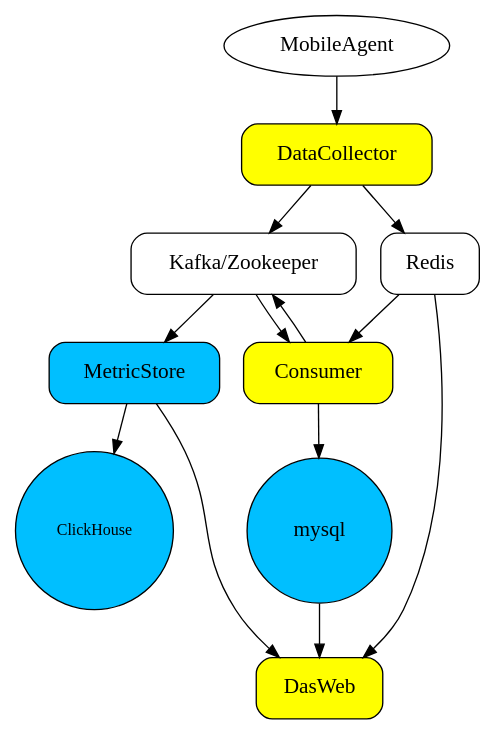
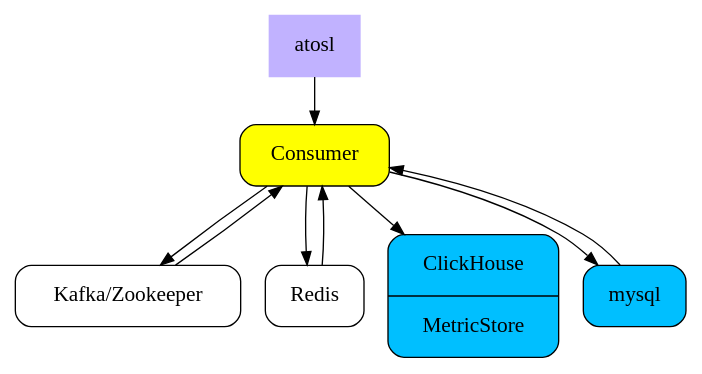
Before and after one commit to gardenias/docs-test: the second of 4 diagrams in docs/installing/architecture.rst, drawn with Graphviz. The commit also changed other lines of this file, not shown here.

Commit message:
更新系统架构图，加入atosl符号化的组件

```diff
--- a/docs/installing/architecture.rst
+++ b/docs/installing/architecture.rst
@@ -17,23 +32,15 @@
 .. graphviz::
 
-    digraph G {
+    digraph Consumer {
 
-		node [margin=0.2, fontsize=16, shape=box, style="rounded,filled", fillcolor=white]
-		a [label="MobileAgent", shape="ellipse", margin=0.1]
-		d [label="DataCollector", fillcolor=yellow]
-		con [label="Consumer", fillcolor=yellow]
-		dv [label="DasWeb", fillcolor=yellow]
-		k [label="Kafka/Zookeeper"]
-		r [label="Redis"]
-		ms [label="MetricStore", fillcolor=deepskyblue1]
-		m [label="mysql", shape=circle, fillcolor=deepskyblue1]
-		c [label="ClickHouse", fontsize=12, shape=circle, fillcolor=deepskyblue1, margin=0.1]
+  	node [margin=0.2, fontsize=16, shape=box, style="rounded,filled", fillcolor=white]
+  	con [label="Consumer", fillcolor=yellow]
+  	k [label="Kafka/Zookeeper"]
+  	r [label="Redis"]
+  	metric [label="{ ClickHouse | MetricStore }", shape=record, fillcolor=deepskyblue1]
+  	m [label="mysql", fillcolor=deepskyblue1]
+    osl [label="atosl", shape=box,style=filled,color=".7 .3 1.0", fillcolor=".7 .3 1.0"]
 
-		a -> d -> {k,r}
+    {m,r,k,osl} -> con -> {m,k,r,metric}
 
-		{k,r} -> con -> {m,k}
-
-		k -> ms -> c
-
-		{r, m, ms} -> dv
-	}
+  }
```
